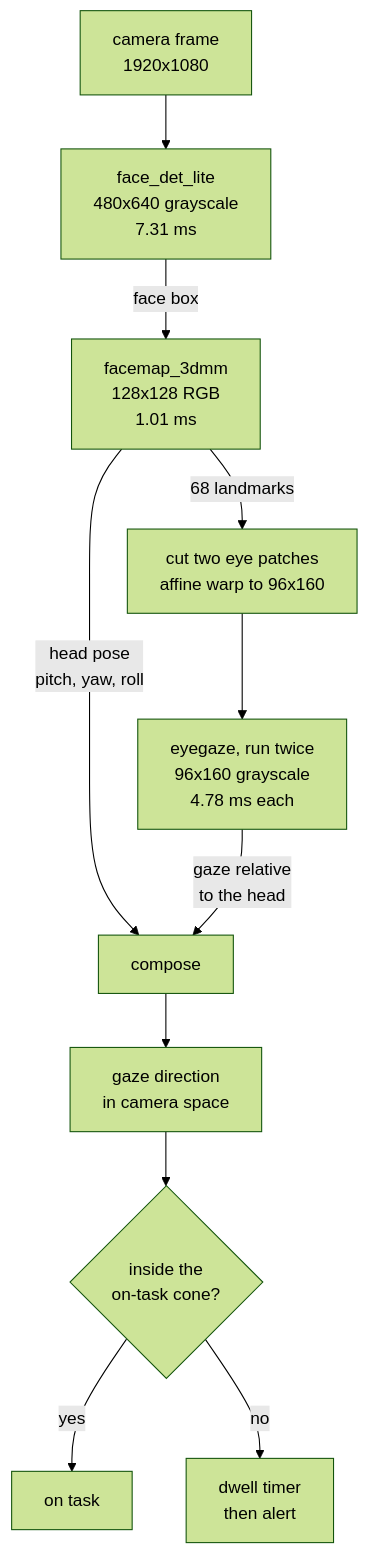
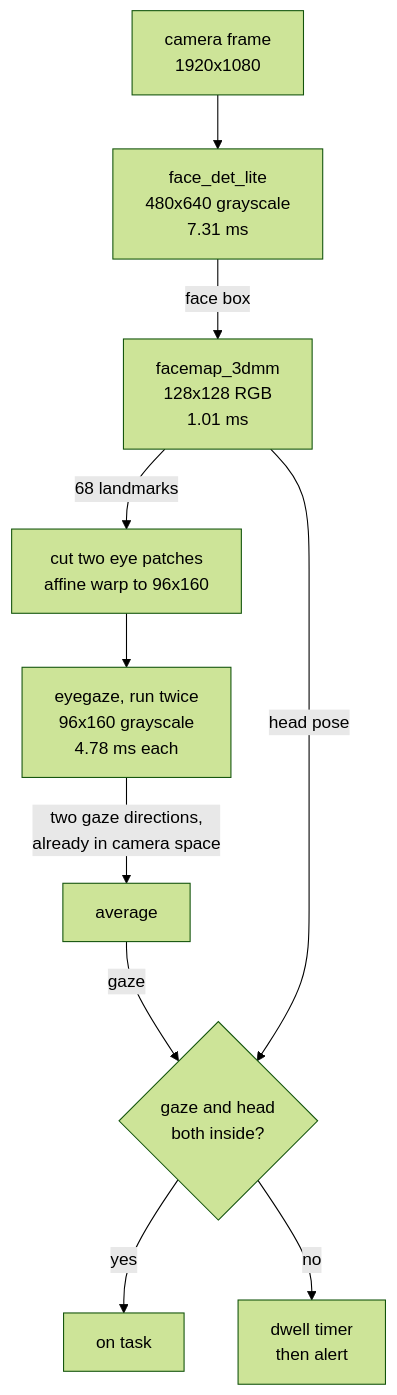
One commit to SamuelAlexander/dragonwing-gaze-attention changed the first of 2 diagrams in README.md. Above: the diagram before and after it, drawn with Mermaid (forest theme). The commit also changed other lines of this file and 28 other files, not shown here.

First line of the commit message:
Correct the gaze direction: EyeGaze is camera-relative

````diff
--- a/README.md
+++ b/README.md
@@ -63,14 +42,13 @@
 ```mermaid
 flowchart TB
     A[camera frame<br/>1920x1080]
     A --> B[face_det_lite<br/>480x640 grayscale<br/>7.31 ms]
     B -->|face box| C[facemap_3dmm<br/>128x128 RGB<br/>1.01 ms]
     C -->|68 landmarks| D[cut two eye patches<br/>affine warp to 96x160]
     D --> E[eyegaze, run twice<br/>96x160 grayscale<br/>4.78 ms each]
-    C -->|head pose<br/>pitch, yaw, roll| F
-    E -->|gaze relative<br/>to the head| F[compose]
-    F --> G[gaze direction<br/>in camera space]
-    G --> H{inside the<br/>on-task cone?}
+    E -->|two gaze directions,<br/>already in camera space| F[average]
+    F -->|gaze| H{gaze and head<br/>both inside?}
+    C -->|head pose| H
     H -->|yes| I[on task]
     H -->|no| J[dwell timer<br/>then alert]
 ```
````
